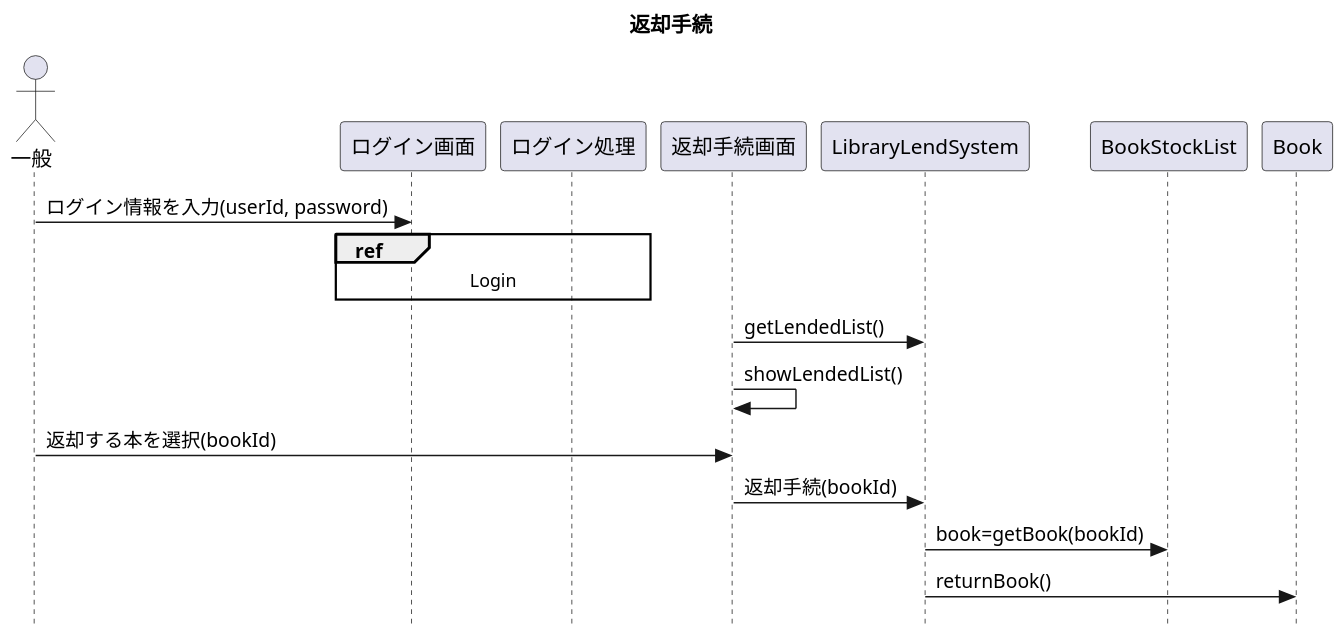
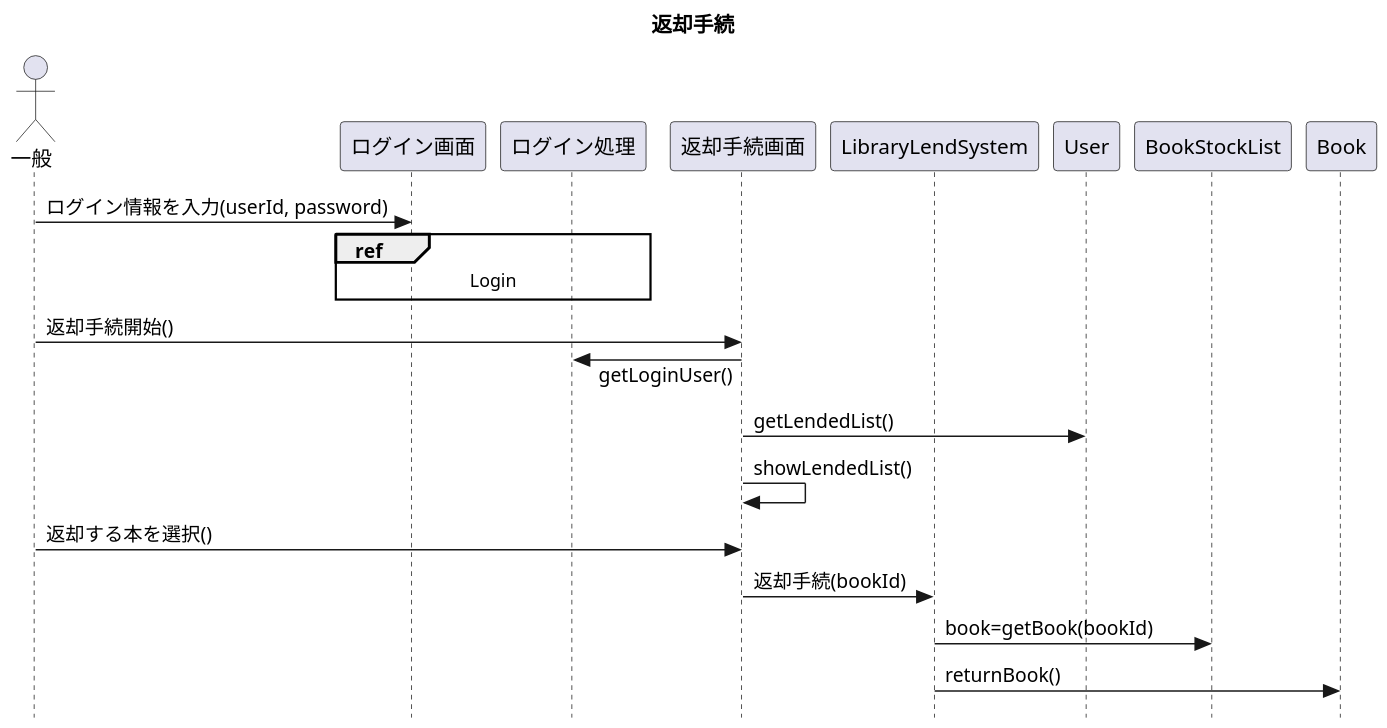
The fourth of 5 diagrams in sequence.pu (Romira915/AdvancedSoftwareEngineering3-Task), drawn with PlantUML before and after one commit. The commit also changed other lines of this file, not shown here.

```diff
--- a/sequence.pu
+++ b/sequence.pu
@@ -109,25 +118,29 @@
 @startuml 返却手続
 
 title 返却手続
 skinparam dpi 150
 skinparam responseMessageBelowArrow true
 skinparam style strictuml
 
 actor 一般 as user
 participant ログイン画面 as LoginDisplay
 participant ログイン処理 as LoginProcess
 participant 返却手続画面 as LendingDisplay
 participant LibraryLendSystem
+participant User
 
 user -> LoginDisplay : ログイン情報を入力(userId, password)
 ref over LoginDisplay, LoginProcess : Login
 
-LendingDisplay -> LibraryLendSystem : getLendedList()
+user -> LendingDisplay : 返却手続開始()
+LoginProcess <- LendingDisplay : getLoginUser()
+
+LendingDisplay -> User : getLendedList()
 LendingDisplay -> LendingDisplay : showLendedList()
 
-user -> LendingDisplay : 返却する本を選択(bookId)
+user -> LendingDisplay : 返却する本を選択()
 LendingDisplay -> LibraryLendSystem : 返却手続(bookId)
 LibraryLendSystem -> BookStockList : book=getBook(bookId)
 LibraryLendSystem -> Book : returnBook()
 
 @enduml
```
